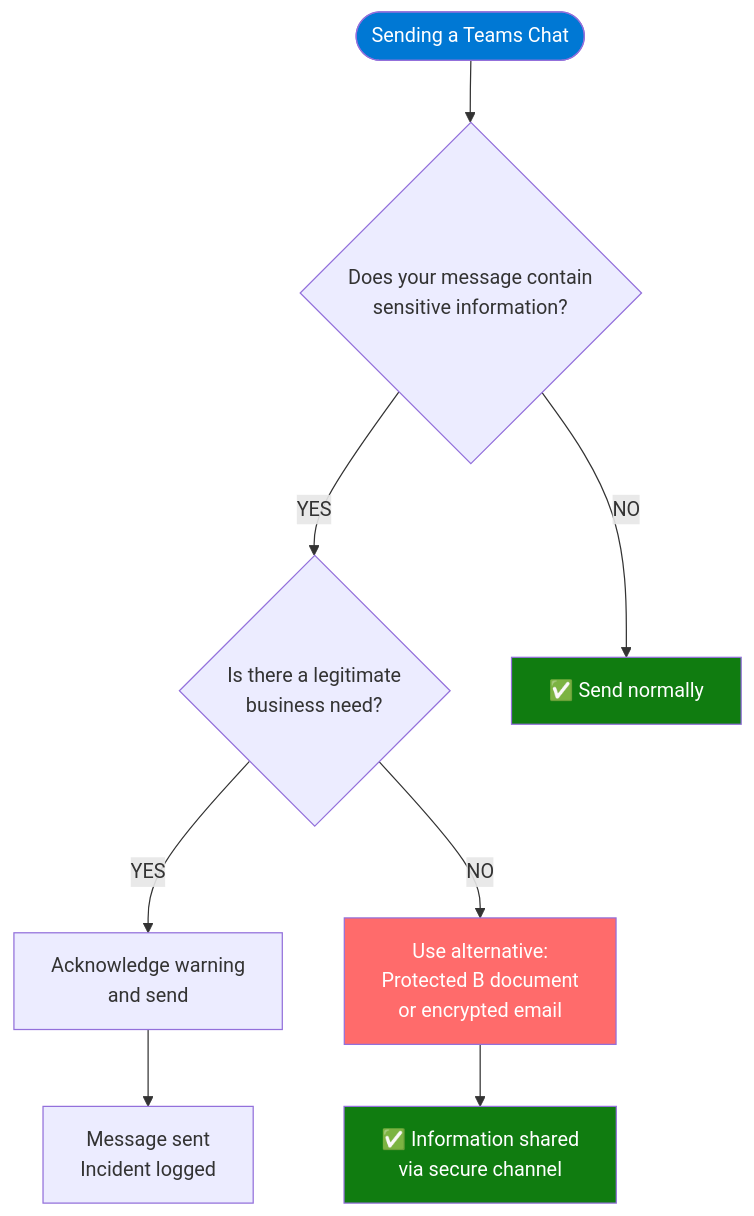
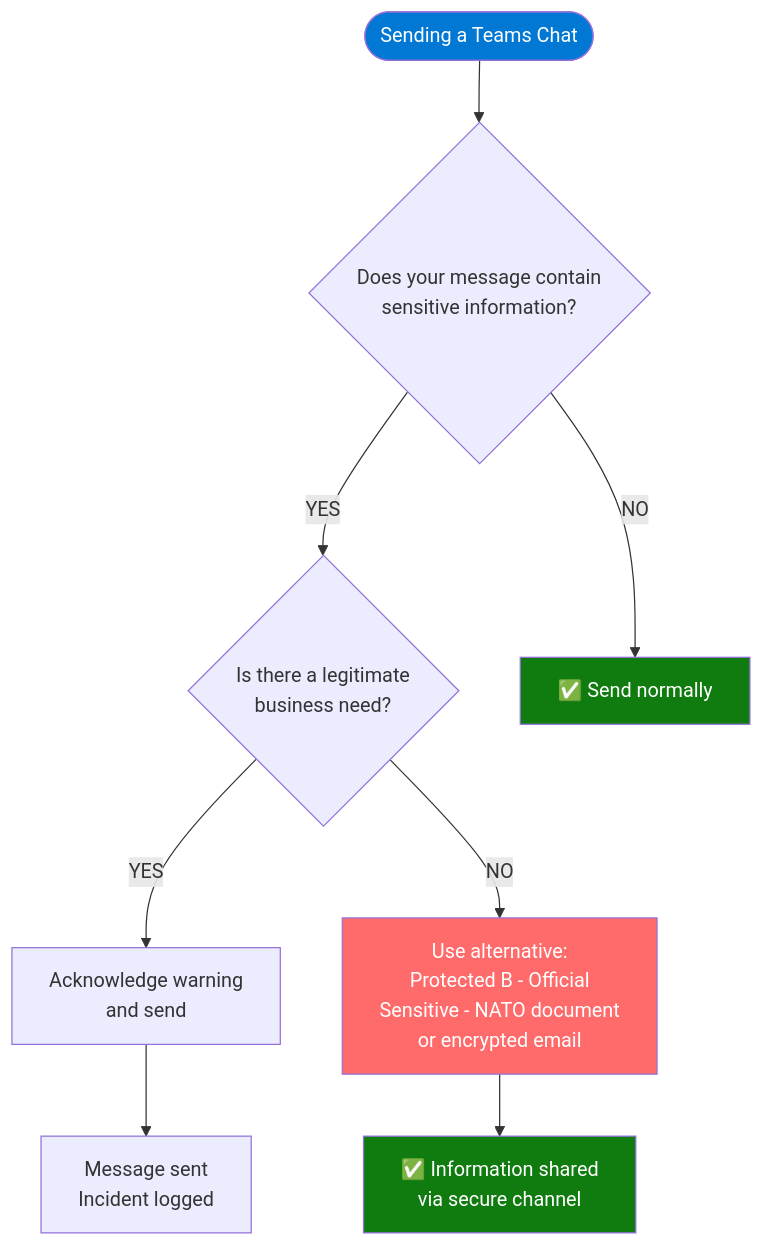
Before and after one commit to Cloudstrucc/Public: the fourth of 4 diagrams in docs/Teams/latest/package/DECISION-TREE-VISUAL-GUIDE.md, drawn with Mermaid. The commit also changed other lines of this file, not shown here.

````diff
--- a/docs/Teams/latest/package/DECISION-TREE-VISUAL-GUIDE.md
+++ b/docs/Teams/latest/package/DECISION-TREE-VISUAL-GUIDE.md
@@ -358,18 +361,18 @@
 ```mermaid
 flowchart TD
     Start([Sending a Teams Chat]) --> Q1{Does your message contain<br/>sensitive information?}
     
     Q1 -->|YES| Q2{Is there a legitimate<br/>business need?}
     Q1 -->|NO| Send[✅ Send normally]
     
     Q2 -->|YES| Ack[Acknowledge warning<br/>and send]
-    Q2 -->|NO| Alt[Use alternative:<br/>Protected B document<br/>or encrypted email]
+    Q2 -->|NO| Alt[Use alternative:<br/>Protected B - Official<br/>Sensitive - NATO document<br/>or encrypted email]
     
     Ack --> Log[Message sent<br/>Incident logged]
     Alt --> Secure[✅ Information shared<br/>via secure channel]
     
     style Start fill:#0078d4,color:#fff
     style Send fill:#107c10,color:#fff
     style Alt fill:#ff6b6b,color:#fff
     style Secure fill:#107c10,color:#fff
 ```
````
